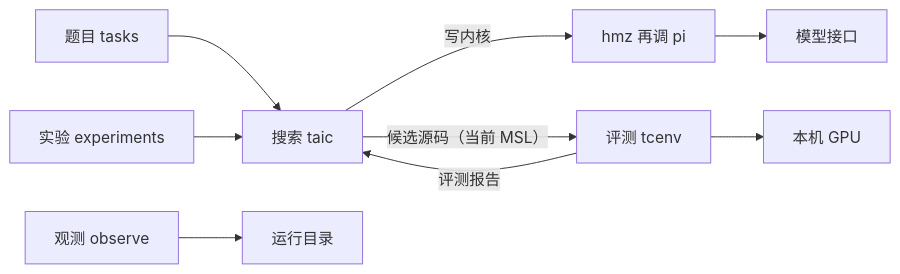
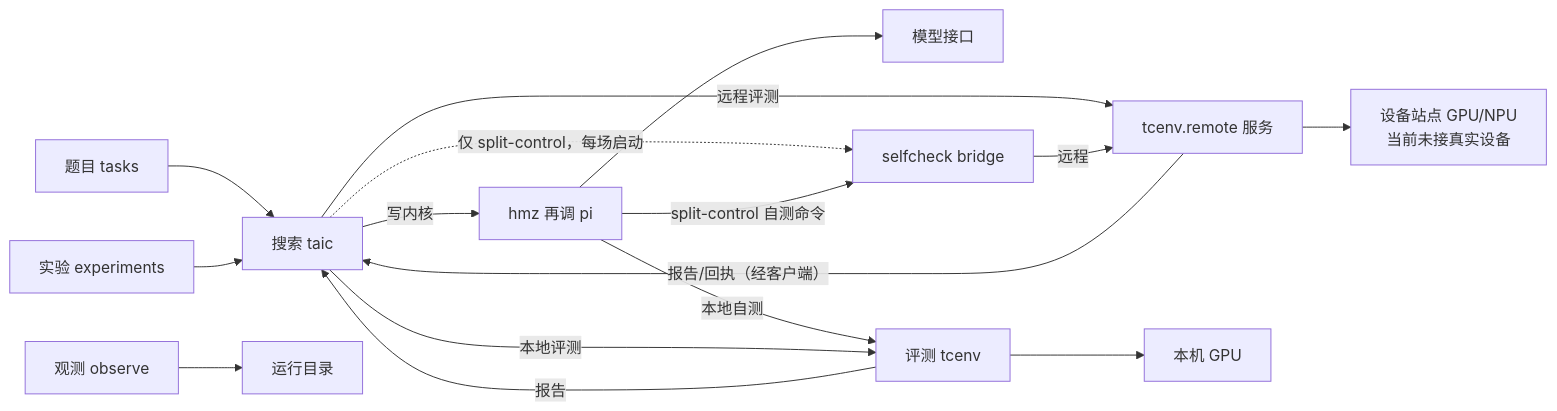
Before and after one commit to kuafuwang/ShapeForge: the second of 3 diagrams in docs/架构说明.md, drawn with Mermaid. The commit also changed other lines of this file and 11 other files, not shown here.

````diff
--- a/docs/架构说明.md
+++ b/docs/架构说明.md
@@ -184,11 +188,18 @@
 ```mermaid
 flowchart LR
   tasks["题目 tasks"] --> taic["搜索 taic"]
   taic -->|"写内核"| hmz["hmz 再调 pi"]
   hmz --> llm["模型接口"]
-  taic -->|"候选源码（当前 MSL）"| tcenv["评测 tcenv"]
-  tcenv -->|"评测报告"| taic
+  taic -.->|"仅 split-control，每场启动"| bridge["selfcheck bridge"]
+  hmz -->|"本地自测"| tcenv["评测 tcenv"]
+  hmz -->|"split-control 自测命令"| bridge
+  taic -->|"本地评测"| tcenv
+  taic -->|"远程评测"| remote["tcenv.remote 服务"]
+  bridge -->|"远程"| remote
+  tcenv -->|"报告"| taic
   tcenv --> gpu["本机 GPU"]
+  remote -->|"报告/回执（经客户端）"| taic
+  remote --> gpu2["设备站点 GPU/NPU<br/>当前未接真实设备"]
   experiments["实验 experiments"] --> taic
   observe["观测 observe"] --> runs["运行目录"]
 ```
````
